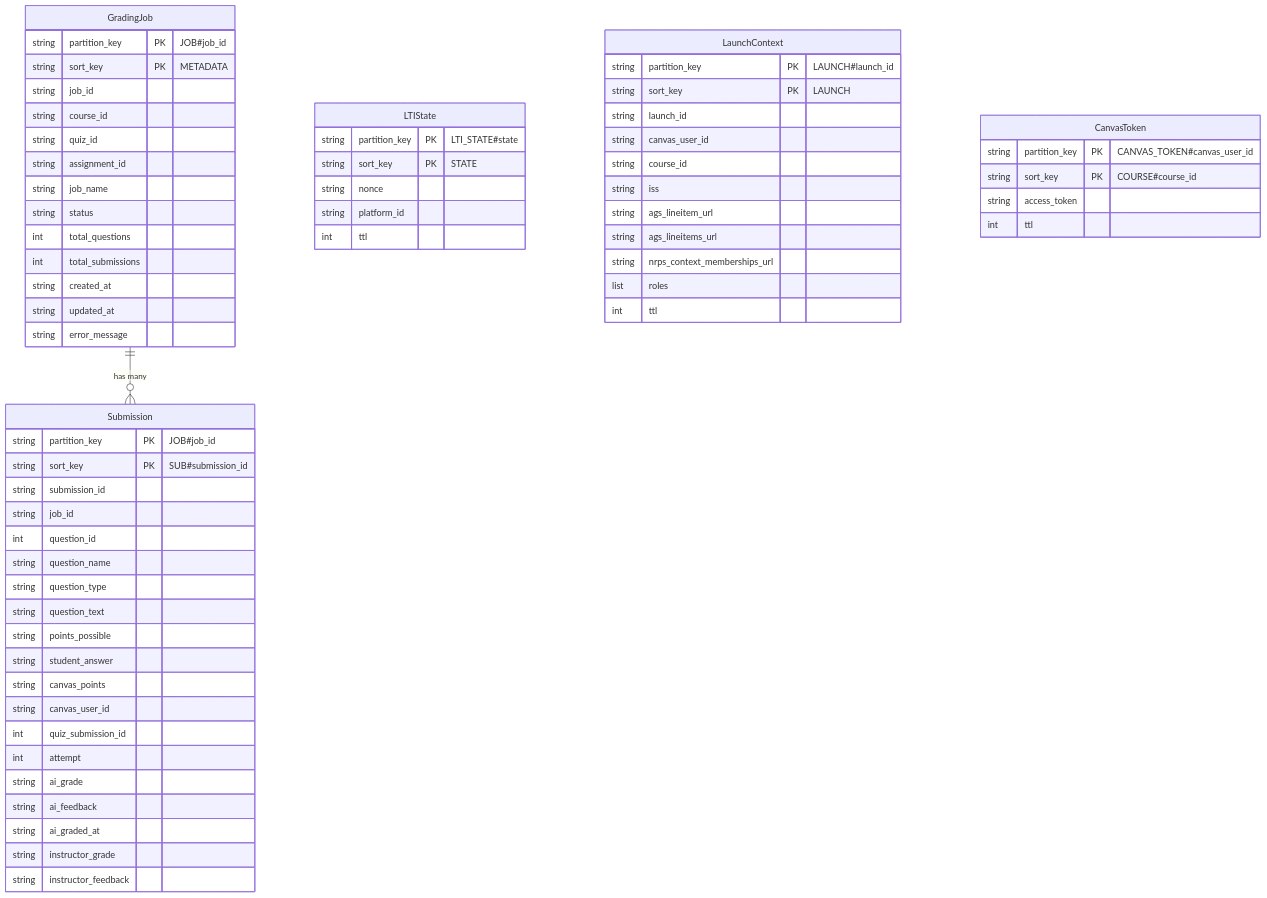
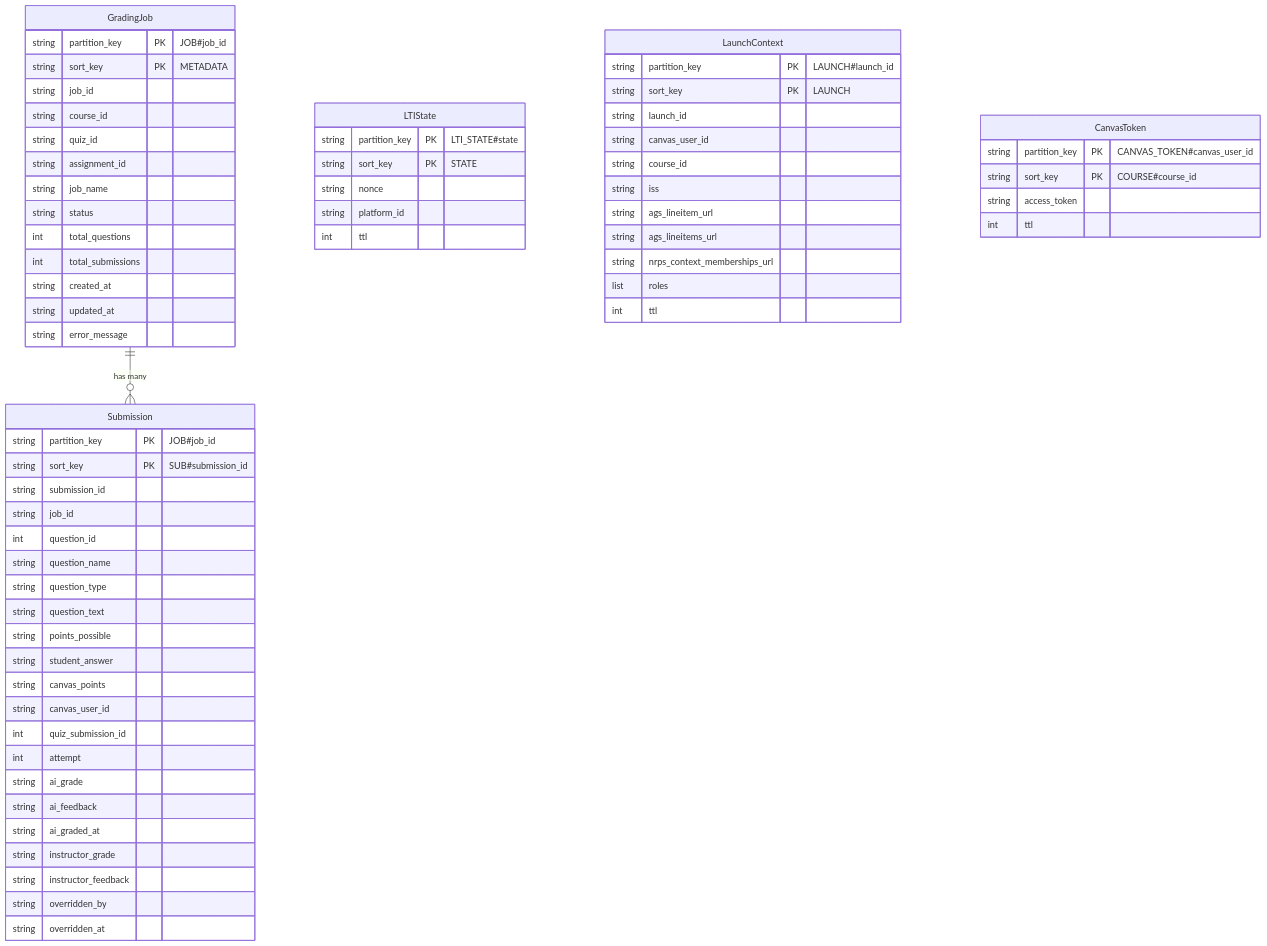
One commit to UBCForestryTLS/grading-helper-service changed the diagram in docs/data-models/index.md. Above: the diagram before and after it, drawn with Mermaid. The commit also changed 2 other files, not shown here.

Commit message:
updated docs + added tests

````diff
--- a/docs/data-models/index.md
+++ b/docs/data-models/index.md
@@ -9,71 +9,73 @@
 ```mermaid
 erDiagram
     GradingJob {
         string partition_key PK "JOB#job_id"
         string sort_key PK "METADATA"
         string job_id
         string course_id
         string quiz_id
         string assignment_id
         string job_name
         string status
         int total_questions
         int total_submissions
         string created_at
         string updated_at
         string error_message
     }
 
     Submission {
         string partition_key PK "JOB#job_id"
         string sort_key PK "SUB#submission_id"
         string submission_id
         string job_id
         int question_id
         string question_name
         string question_type
         string question_text
         string points_possible
         string student_answer
         string canvas_points
         string canvas_user_id
         int quiz_submission_id
         int attempt
         string ai_grade
         string ai_feedback
         string ai_graded_at
         string instructor_grade
         string instructor_feedback
+        string overridden_by
+        string overridden_at
     }
 
     LTIState {
         string partition_key PK "LTI_STATE#state"
         string sort_key PK "STATE"
         string nonce
         string platform_id
         int ttl
     }
 
     LaunchContext {
         string partition_key PK "LAUNCH#launch_id"
         string sort_key PK "LAUNCH"
         string launch_id
         string canvas_user_id
         string course_id
         string iss
         string ags_lineitem_url
         string ags_lineitems_url
         string nrps_context_memberships_url
         list roles
         int ttl
     }
 
     CanvasToken {
         string partition_key PK "CANVAS_TOKEN#canvas_user_id"
         string sort_key PK "COURSE#course_id"
         string access_token
         int ttl
     }
 
     GradingJob ||--o{ Submission : "has many"
 ```
````
